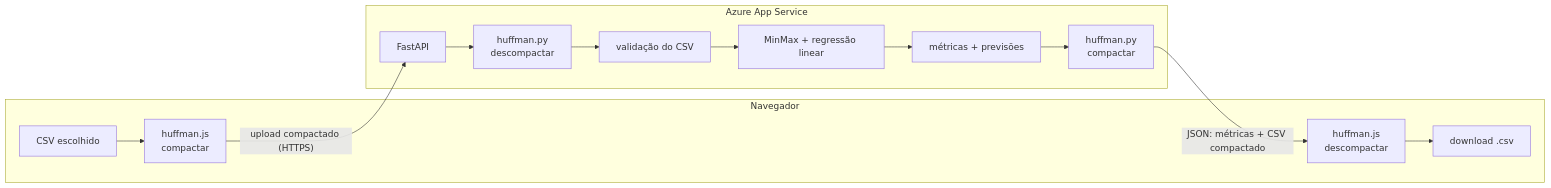
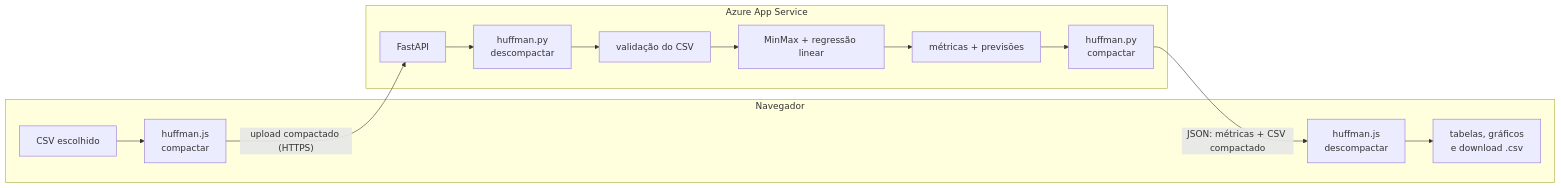
One commit to ViniciusPinheiroLivinalli/regressao-linear-nuvem changed the diagram in README.md. Above: the diagram before and after it, drawn with Mermaid. The commit also changed other lines of this file, not shown here.

````diff
--- a/README.md
+++ b/README.md
@@ -48,16 +42,16 @@
 ```mermaid
 flowchart LR
     subgraph Navegador
         A[CSV escolhido] --> B[huffman.js<br/>compactar]
-        J[huffman.js<br/>descompactar] --> K[download .csv]
+        J[huffman.js<br/>descompactar] --> K[tabelas, gráficos<br/>e download .csv]
     end
     subgraph Azure App Service
         C[FastAPI] --> D[huffman.py<br/>descompactar]
         D --> E[validação do CSV]
         E --> F[MinMax + regressão linear]
         F --> G[métricas + previsões]
         G --> H[huffman.py<br/>compactar]
     end
     B -- "upload compactado (HTTPS)" --> C
     H -- "JSON: métricas + CSV compactado" --> J
 ```
````
